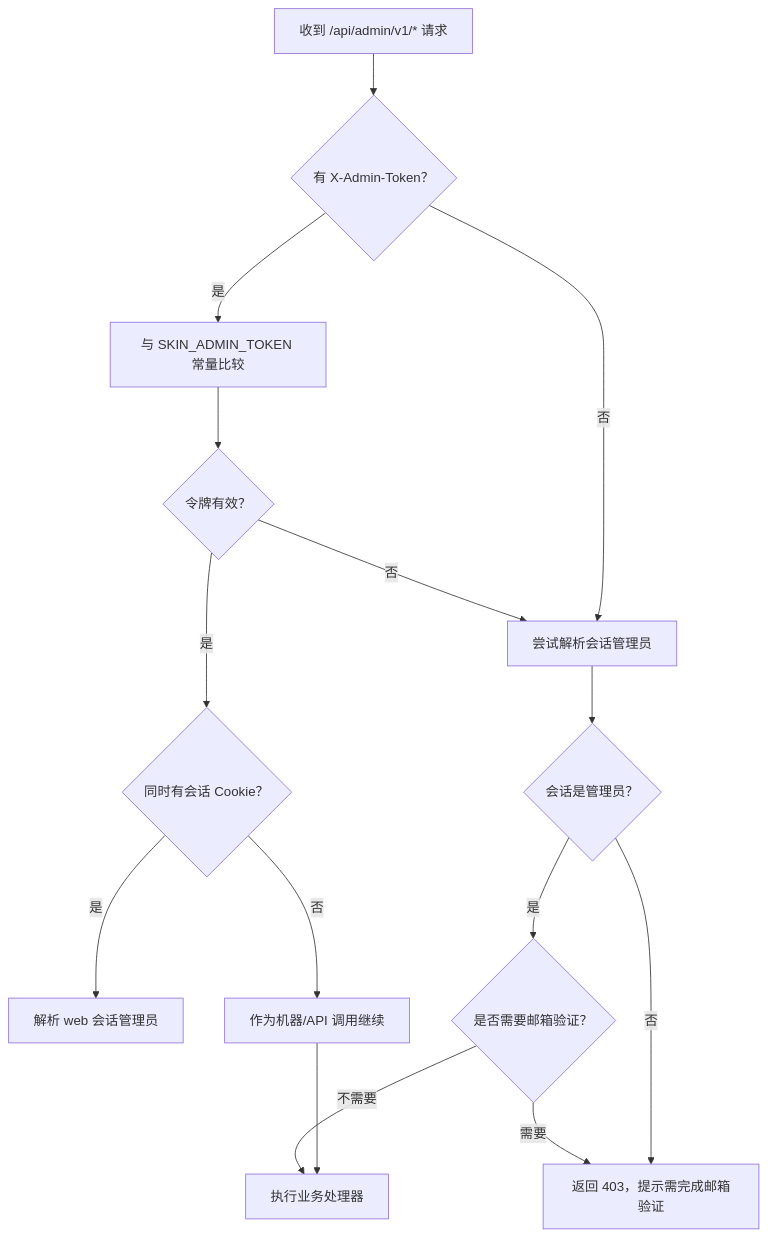
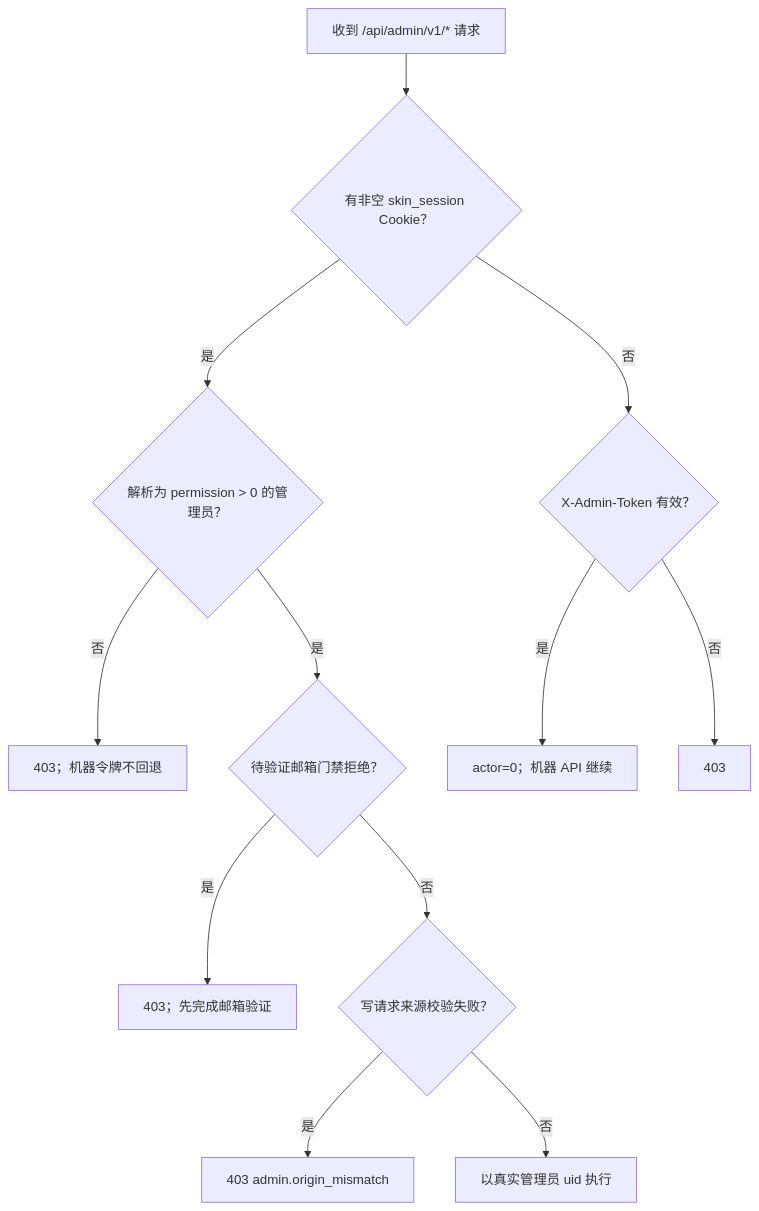
One commit to YimingZhanshen/skin-nexus changed the sixth of 6 diagrams in docs/handbook/面板概览与导航.md. Above: the diagram before and after it, drawn with Mermaid. The commit also changed other lines of this file and 24 other files, not shown here.

````diff
--- a/docs/handbook/面板概览与导航.md
+++ b/docs/handbook/面板概览与导航.md
@@ -273,17 +270,14 @@
 ```mermaid
 flowchart TD
-    Request["收到 /api/admin/v1/* 请求"] --> HasToken{"有 X-Admin-Token？"}
-    HasToken -->|是| CompareToken["与 SKIN_ADMIN_TOKEN 常量比较"]
-    CompareToken --> TokenOk{"令牌有效？"}
-    TokenOk -->|是| HasSession{"同时有会话 Cookie？"}
-    HasSession -->|是| ResolveAdmin["解析 web 会话管理员"]
-    HasSession -->|否| MachineCall["作为机器/API 调用继续"]
-    TokenOk -->|否| TrySession["尝试解析会话管理员"]
-    HasToken -->|否| TrySession
-    TrySession --> SessionOk{"会话是管理员？"}
-    SessionOk -->|是| VerifyGate{"是否需要邮箱验证？"}
-    VerifyGate -->|需要| Forbidden["返回 403，提示需完成邮箱验证"]
-    VerifyGate -->|不需要| Handler["执行业务处理器"]
-    SessionOk -->|否| Forbidden
-    MachineCall --> Handler
+    Request["收到 /api/admin/v1/* 请求"] --> HasSession{"有非空 skin_session Cookie？"}
+    HasSession -->|是| SessionAdmin{"解析为 permission > 0 的管理员？"}
+    SessionAdmin -->|否| SessionForbidden["403；机器令牌不回退"]
+    SessionAdmin -->|是| VerifyGate{"待验证邮箱门禁拒绝？"}
+    VerifyGate -->|是| VerifyForbidden["403；先完成邮箱验证"]
+    VerifyGate -->|否| OriginGate{"写请求来源校验失败？"}
+    OriginGate -->|是| OriginForbidden["403 admin.origin_mismatch"]
+    OriginGate -->|否| Handler["以真实管理员 uid 执行"]
+    HasSession -->|否| TokenOk{"X-Admin-Token 有效？"}
+    TokenOk -->|是| Machine["actor=0；机器 API 继续"]
+    TokenOk -->|否| TokenForbidden["403"]
 ```
````
